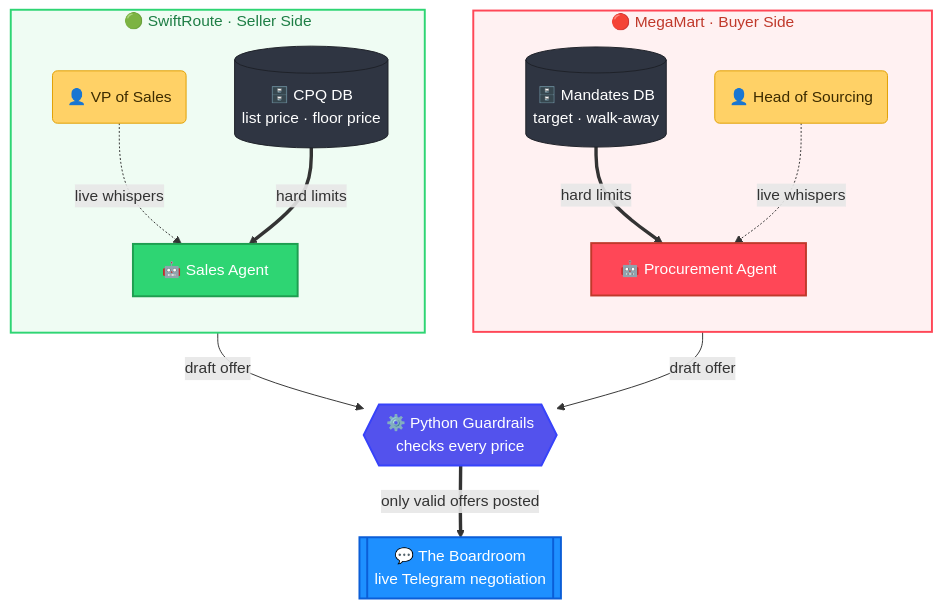
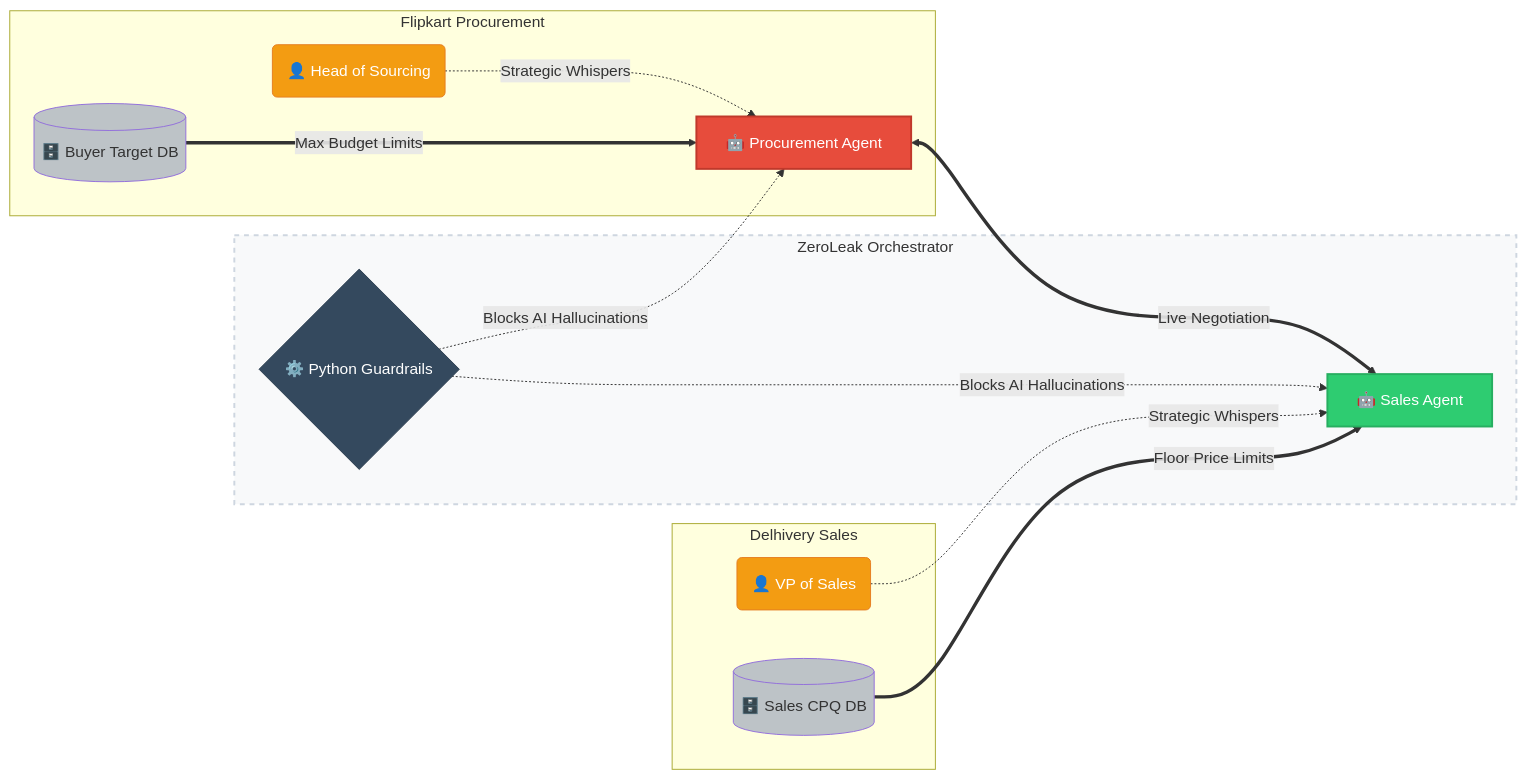
The diagram in README.md (Sarath-peddireddy/Zero__Leak__OS), drawn with Mermaid before and after one commit. The commit also changed other lines of this file, not shown here.

Commit message:
docs: generate flagship executive README with business impact and themed architecture

````diff
--- a/README.md
+++ b/README.md
@@ -22,45 +23,32 @@
 ```mermaid
-flowchart TB
-    %% Buyer side (left): database outermost, human inside
-    subgraph Buyer ["🔴 MegaMart · Buyer Side"]
-        direction TB
-        ProcDB[(🗄️ Mandates DB<br/>target · walk-away)]
-        HumanBuyer(👤 Head of Sourcing)
-        ProcAgent[🤖 Procurement Agent]
-        ProcDB ==>|hard limits| ProcAgent
-        HumanBuyer -.->|live whispers| ProcAgent
+flowchart LR
+    %% Buyer Side (Left)
+    subgraph Procurement [Flipkart Procurement]
+        HumanBuyer(👤 Head of Sourcing) -.->|Strategic Whispers| ProcAgent[🤖 Procurement Agent]
+        ProcDB[(🗄️ Buyer Target DB)] ===>|Max Budget Limits| ProcAgent
     end
 
-    %% Seller side (right): mirror image
-    subgraph Seller ["🟢 SwiftRoute · Seller Side"]
-        direction TB
-        HumanSales(👤 VP of Sales)
-        SalesDB[(🗄️ CPQ DB<br/>list price · floor price)]
-        SalesAgent[🤖 Sales Agent]
-        HumanSales -.->|live whispers| SalesAgent
-        SalesDB ==>|hard limits| SalesAgent
+    %% The Arena (Center)
+    subgraph Arena [ZeroLeak Orchestrator]
+        ProcAgent <===>|Live Negotiation| SalesAgent
+        Guardrails{⚙️ Python Guardrails} -.->|Blocks AI Hallucinations| ProcAgent
+        Guardrails -.->|Blocks AI Hallucinations| SalesAgent
     end
 
-    %% Every offer is checked before the opponent sees it
-    ProcAgent -->|draft offer| Guardrails{{⚙️ Python Guardrails<br/>checks every price}}
-    SalesAgent -->|draft offer| Guardrails
-    Guardrails ==>|only valid offers posted| Boardroom[[💬 The Boardroom<br/>live Telegram negotiation]]
+    %% Seller Side (Right)
+    subgraph Sales [Delhivery Sales]
+        HumanSales(👤 VP of Sales) -.->|Strategic Whispers| SalesAgent[🤖 Sales Agent]
+        SalesDB[(🗄️ Sales CPQ DB)] ===>|Floor Price Limits| SalesAgent
+    end
 
-    %% Colours: red = buyer, green = seller, amber = humans, slate = data, purple = control, blue = boardroom
-    classDef buyer fill:#ff4757,stroke:#c0392b,color:#fff,stroke-width:2px
-    classDef seller fill:#2ed573,stroke:#1e9e50,color:#fff,stroke-width:2px
-    classDef human fill:#ffd166,stroke:#e09f00,color:#3d2c00
-    classDef data fill:#2f3542,stroke:#1e2229,color:#fff
-    classDef control fill:#5352ed,stroke:#3742fa,color:#fff,stroke-width:2px
-    classDef boardroom fill:#1e90ff,stroke:#0b5ed7,color:#fff,stroke-width:2px
+    %% Custom Colors (Clear Theme)
+    style ProcAgent fill:#e74c3c,stroke:#c0392b,color:#fff,stroke-width:2px
+    style SalesAgent fill:#2ecc71,stroke:#27ae60,color:#fff,stroke-width:2px
+    style HumanBuyer fill:#f39c12,stroke:#e67e22,color:#fff
+    style HumanSales fill:#f39c12,stroke:#e67e22,color:#fff
+    style Guardrails fill:#34495e,stroke:#2c3e50,color:#fff
+    style ProcDB fill:#bdc3c7,color:#333
+    style SalesDB fill:#bdc3c7,color:#333
+    style Arena fill:#f8f9fa,stroke:#ced6e0,stroke-width:2px,stroke-dasharray: 5 5
 
-    class ProcAgent buyer
-    class SalesAgent seller
-    class HumanBuyer,HumanSales human
-    class ProcDB,SalesDB data
-    class Guardrails control
-    class Boardroom boardroom
-
-    style Buyer fill:#fff1f2,stroke:#ff4757,stroke-width:2px,color:#c0392b
-    style Seller fill:#effcf3,stroke:#2ed573,stroke-width:2px,color:#1e7e45
 ```
````
